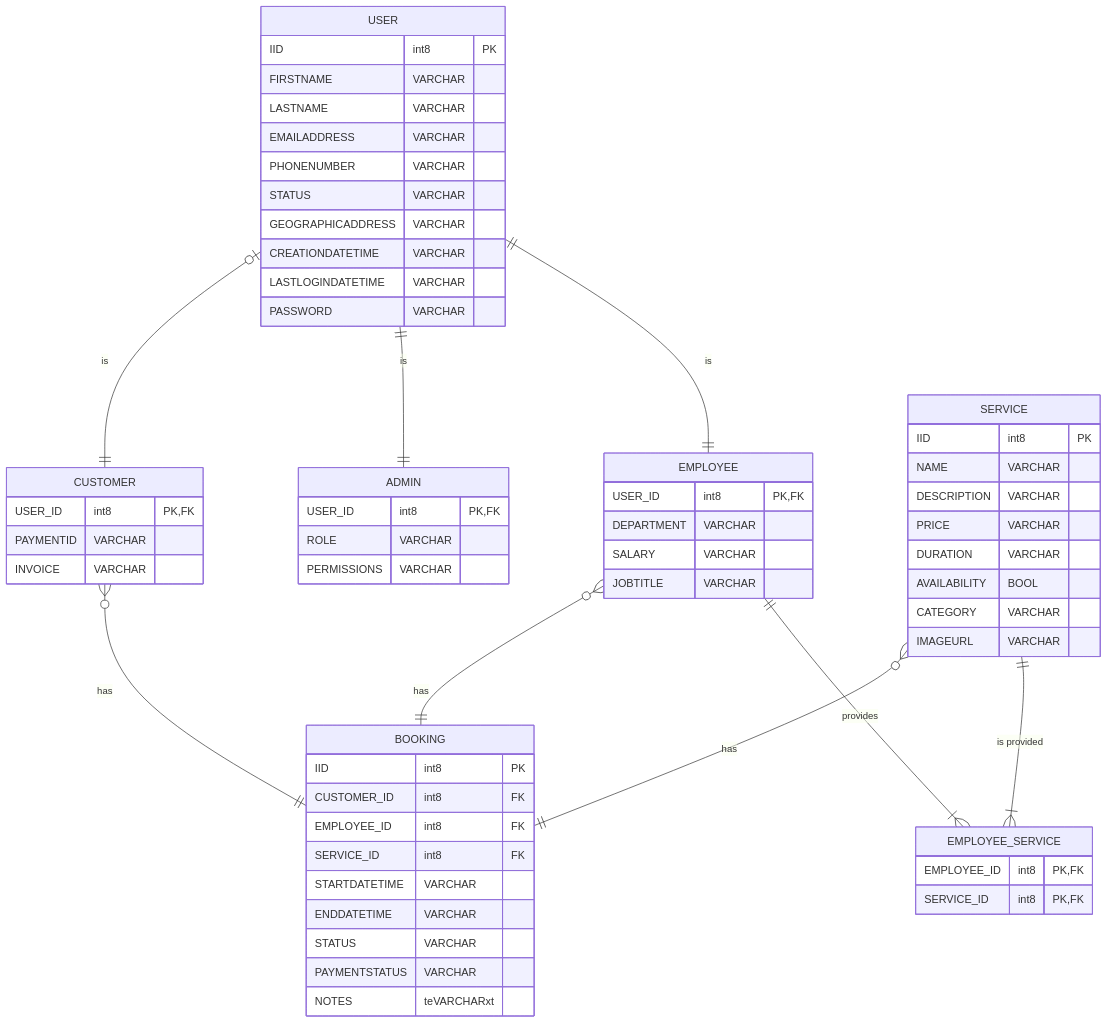
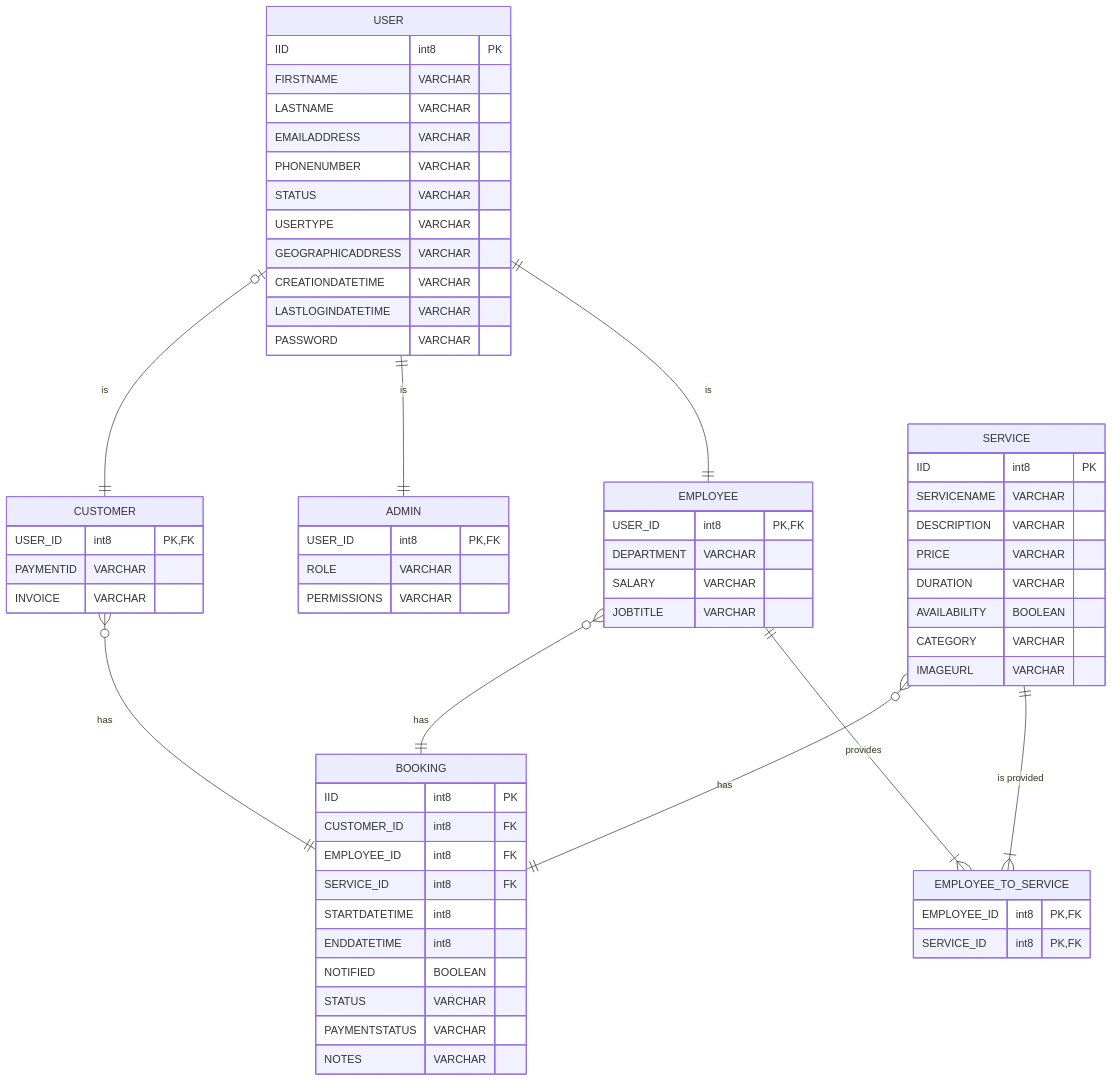
One commit to cern7/notifyMe changed the diagram in README.md. Above: the diagram before and after it, drawn with Mermaid. The commit also changed other lines of this file, not shown here.

````diff
--- a/README.md
+++ b/README.md
@@ -4,66 +4,68 @@
 ```mermaid
 erDiagram
 USER |o--|| CUSTOMER : is
 USER ||--|| ADMIN : is
 USER ||--|| EMPLOYEE : is
 SERVICE }o--|| BOOKING : has
 EMPLOYEE }o--|| BOOKING : has
 CUSTOMER }o--|| BOOKING : has
-SERVICE ||--|{ EMPLOYEE_SERVICE : "is provided"
-EMPLOYEE ||--|{ EMPLOYEE_SERVICE : provides
+SERVICE ||--|{ EMPLOYEE_TO_SERVICE : "is provided"
+EMPLOYEE ||--|{ EMPLOYEE_TO_SERVICE : provides
 
 USER {
     IID int8 PK
     FIRSTNAME VARCHAR 
 	  LASTNAME VARCHAR
     EMAILADDRESS VARCHAR
 	  PHONENUMBER VARCHAR
 	  STATUS VARCHAR
+    USERTYPE VARCHAR
 	  GEOGRAPHICADDRESS VARCHAR
 	  CREATIONDATETIME VARCHAR
 	  LASTLOGINDATETIME VARCHAR
 	  PASSWORD VARCHAR
   }
   CUSTOMER {
     USER_ID int8 PK,FK
     PAYMENTID VARCHAR
     INVOICE VARCHAR 
   }
   EMPLOYEE {
     USER_ID int8 PK,FK
     DEPARTMENT VARCHAR
     SALARY VARCHAR
     JOBTITLE VARCHAR
   }
   ADMIN {
     USER_ID int8 PK,FK
     ROLE VARCHAR
     PERMISSIONS VARCHAR
   }
   BOOKING {
     IID int8 PK
 	  CUSTOMER_ID int8 FK
 	  EMPLOYEE_ID int8 FK
 	  SERVICE_ID int8 FK
-	  STARTDATETIME VARCHAR 
-	  ENDDATETIME VARCHAR 
+	  STARTDATETIME int8 
+	  ENDDATETIME int8
+    NOTIFIED BOOLEAN
 	  STATUS VARCHAR
 	  PAYMENTSTATUS VARCHAR 
-	  NOTES teVARCHARxt
+	  NOTES VARCHAR
   }
   SERVICE {
     IID int8 PK
-	  NAME VARCHAR
+	  SERVICENAME VARCHAR
 	  DESCRIPTION VARCHAR
 	  PRICE VARCHAR 
 	  DURATION VARCHAR 
-	  AVAILABILITY BOOL
+	  AVAILABILITY BOOLEAN
 	  CATEGORY VARCHAR 
 	  IMAGEURL VARCHAR 
 	 }
-  EMPLOYEE_SERVICE {
+  EMPLOYEE_TO_SERVICE {
     EMPLOYEE_ID int8 PK,FK
 	  SERVICE_ID int8 PK,FK
   }
 
  ```
````
